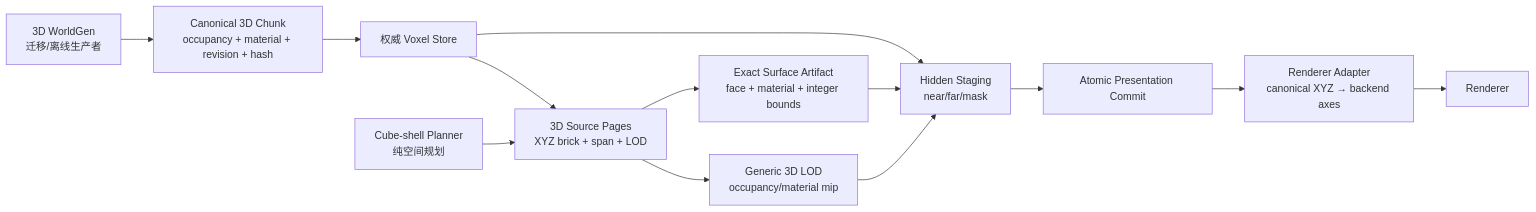
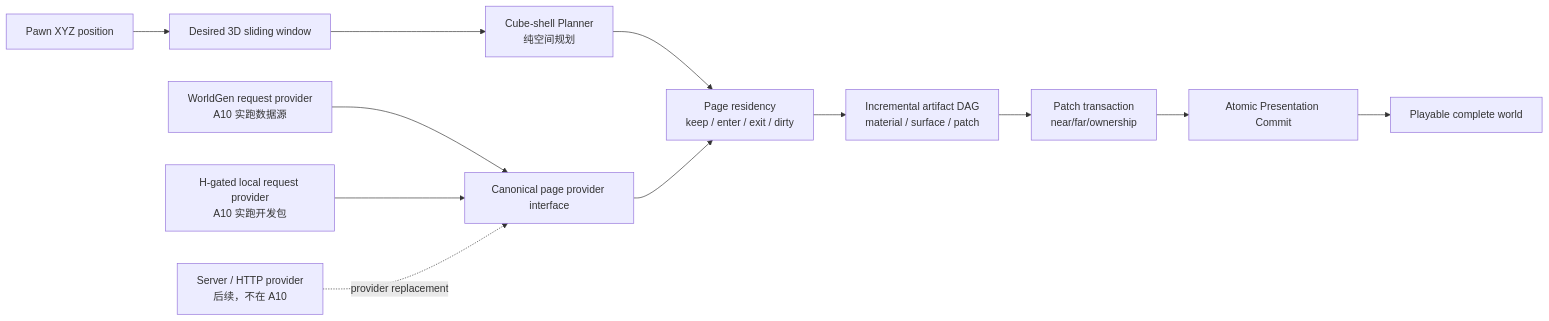
One commit to dyzdyz010/ex_mmo_cluster changed the first of 2 diagrams in docs/10-active/voxel-far-field/2026-07-12-pure-3d-voxel-shell-migration.md. Above: the diagram before and after it, drawn with Mermaid. The commit also changed other lines of this file and 29 other files, not shown here.

````diff
--- a/docs/10-active/voxel-far-field/2026-07-12-pure-3d-voxel-shell-migration.md
+++ b/docs/10-active/voxel-far-field/2026-07-12-pure-3d-voxel-shell-migration.md
@@ -23,21 +38,22 @@
 ```mermaid
 flowchart LR
-    Generator["3D WorldGen\n迁移/离线生产者"]
-    Canonical["Canonical 3D Chunk\noccupancy + material + revision + hash"]
-    Store["权威 Voxel Store"]
-    Pages["3D Source Pages\nXYZ brick + span + LOD"]
+    Position["Pawn XYZ position"]
+    Window["Desired 3D sliding window"]
+    WorldGen["WorldGen request provider\nA10 实跑数据源"]
+    Local["H-gated local request provider\nA10 实跑开发包"]
+    Future["Server / HTTP provider\n后续，不在 A10"]
+    Provider["Canonical page provider interface"]
+    Residency["Page residency\nkeep / enter / exit / dirty"]
     Planner["Cube-shell Planner\n纯空间规划"]
-    Lod["Generic 3D LOD\noccupancy/material mip"]
-    Surface["Exact Surface Artifact\nface + material + integer bounds"]
-    Stage["Hidden Staging\nnear/far/mask"]
+    Dag["Incremental artifact DAG\nmaterial / surface / patch"]
+    Stage["Patch transaction\nnear/far/ownership"]
     Commit["Atomic Presentation Commit"]
-    Adapter["Renderer Adapter\ncanonical XYZ → backend axes"]
-    Render["Renderer"]
+    World["Playable complete world"]
 
-    Generator --> Canonical --> Store --> Pages
-    Planner --> Pages
-    Pages --> Lod --> Stage
-    Pages --> Surface --> Stage
-    Stage --> Commit --> Adapter --> Render
-    Store --> Stage
+    Position --> Window --> Planner
+    Planner --> Residency
+    WorldGen --> Provider --> Residency
+    Local --> Provider
+    Future -. provider replacement .-> Provider
+    Residency --> Dag --> Stage --> Commit --> World
 ```
````
